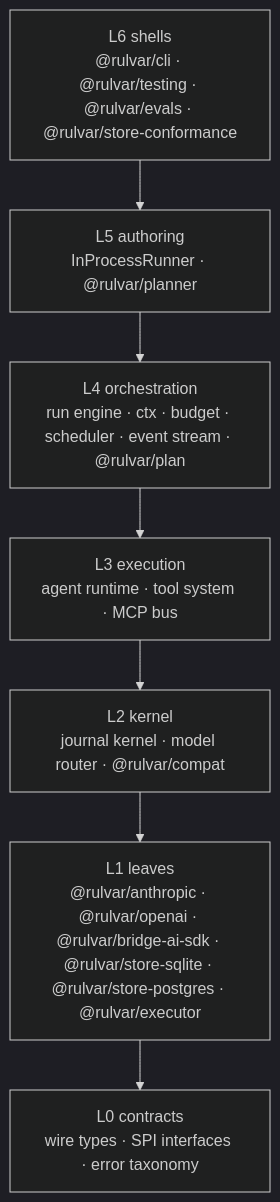
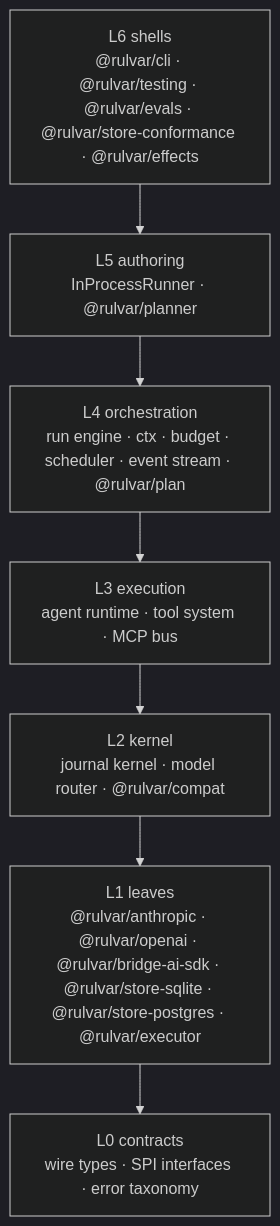
Before and after one commit to o-stepper/rulvar: the first of 2 diagrams in docs/guide/architecture.md, drawn with Mermaid (dark theme). The commit also changed other lines of this file and 5 other files, not shown here.

````diff
--- a/docs/guide/architecture.md
+++ b/docs/guide/architecture.md
@@ -12,12 +12,12 @@
 ```mermaid
 flowchart TB
-    l6["L6 shells\n@rulvar/cli · @rulvar/testing · @rulvar/evals · @rulvar/store-conformance"]
+    l6["L6 shells\n@rulvar/cli · @rulvar/testing · @rulvar/evals · @rulvar/store-conformance · @rulvar/effects"]
     l5["L5 authoring\nInProcessRunner · @rulvar/planner"]
     l4["L4 orchestration\nrun engine · ctx · budget · scheduler · event stream · @rulvar/plan"]
     l3["L3 execution\nagent runtime · tool system · MCP bus"]
     l2["L2 kernel\njournal kernel · model router · @rulvar/compat"]
     l1["L1 leaves\n@rulvar/anthropic · @rulvar/openai · @rulvar/bridge-ai-sdk · @rulvar/store-sqlite · @rulvar/store-postgres · @rulvar/executor"]
     l0["L0 contracts\nwire types · SPI interfaces · error taxonomy"]
 
     l6 --> l5 --> l4 --> l3 --> l2 --> l1 --> l0
 ```
````
